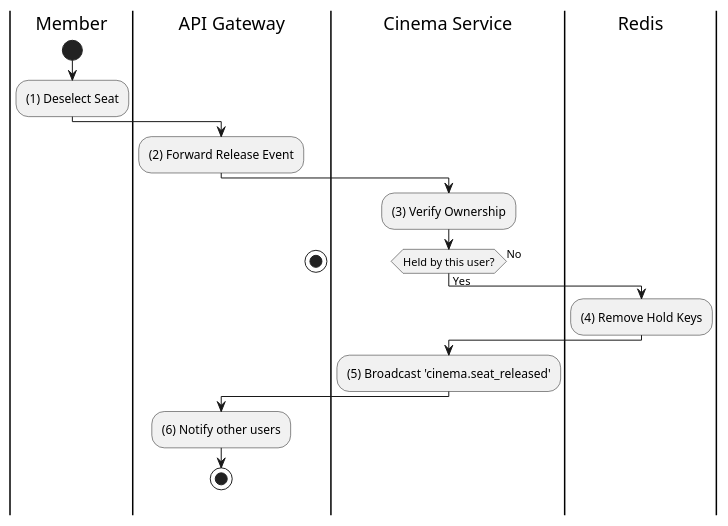
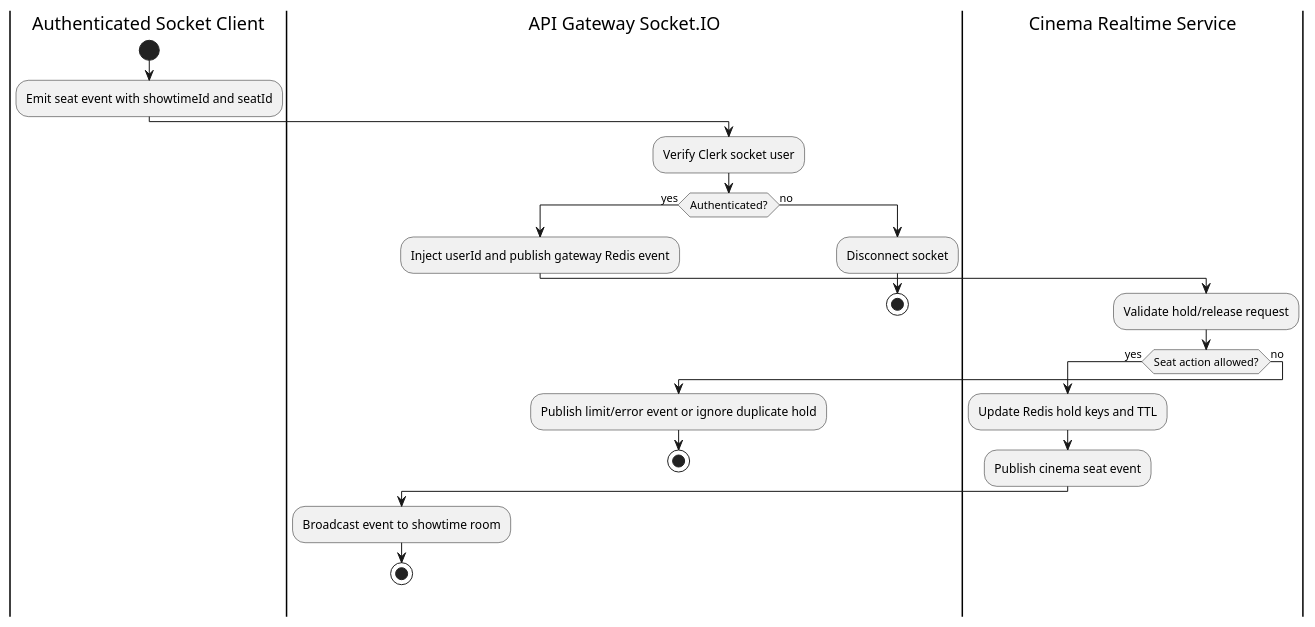
One commit to Tanh1603/movie-hub-architecture changed the second of 2 diagrams in docs/functional_specs/3.5.3_Real-time_Seat_Selection/RT-02_Release_Seat.md. Above: the diagram before and after it, drawn with PlantUML. The commit also changed other lines of this file and 126 other files, not shown here.

````diff
--- a/docs/functional_specs/3.5.3_Real-time_Seat_Selection/RT-02_Release_Seat.md
+++ b/docs/functional_specs/3.5.3_Real-time_Seat_Selection/RT-02_Release_Seat.md
@@ -43,22 +39,27 @@
 ```plantuml
 @startuml
-|Member|
+|Authenticated Socket Client|
 start
-:(1) Deselect Seat;
-|API Gateway|
-:(2) Forward Release Event;
-|Cinema Service|
-:(3) Verify Ownership;
-if (Held by this user?) then (Yes)
-    |Redis|
-    :(4) Remove Hold Keys;
-    |Cinema Service|
-    :(5) Broadcast 'cinema.seat_released';
-    |API Gateway|
-    :(6) Notify other users;
+:Emit seat event with showtimeId and seatId;
+|API Gateway Socket.IO|
+:Verify Clerk socket user;
+if (Authenticated?) then (yes)
+  :Inject userId and publish gateway Redis event;
+  |Cinema Realtime Service|
+  :Validate hold/release request;
+  if (Seat action allowed?) then (yes)
+    :Update Redis hold keys and TTL;
+    :Publish cinema seat event;
+    |API Gateway Socket.IO|
+    :Broadcast event to showtime room;
     stop
-else (No)
+  else (no)
+    :Publish limit/error event or ignore duplicate hold;
     stop
+  endif
+else (no)
+  :Disconnect socket;
+  stop
 endif
 @enduml
 ```
````
